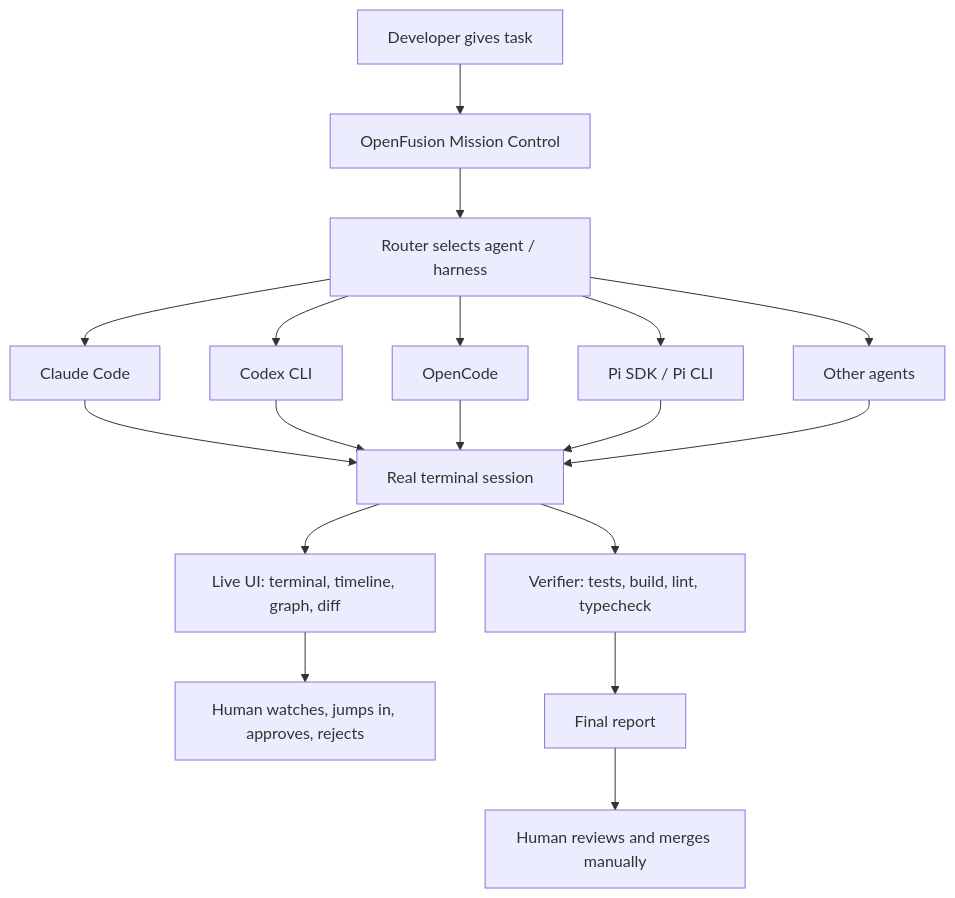
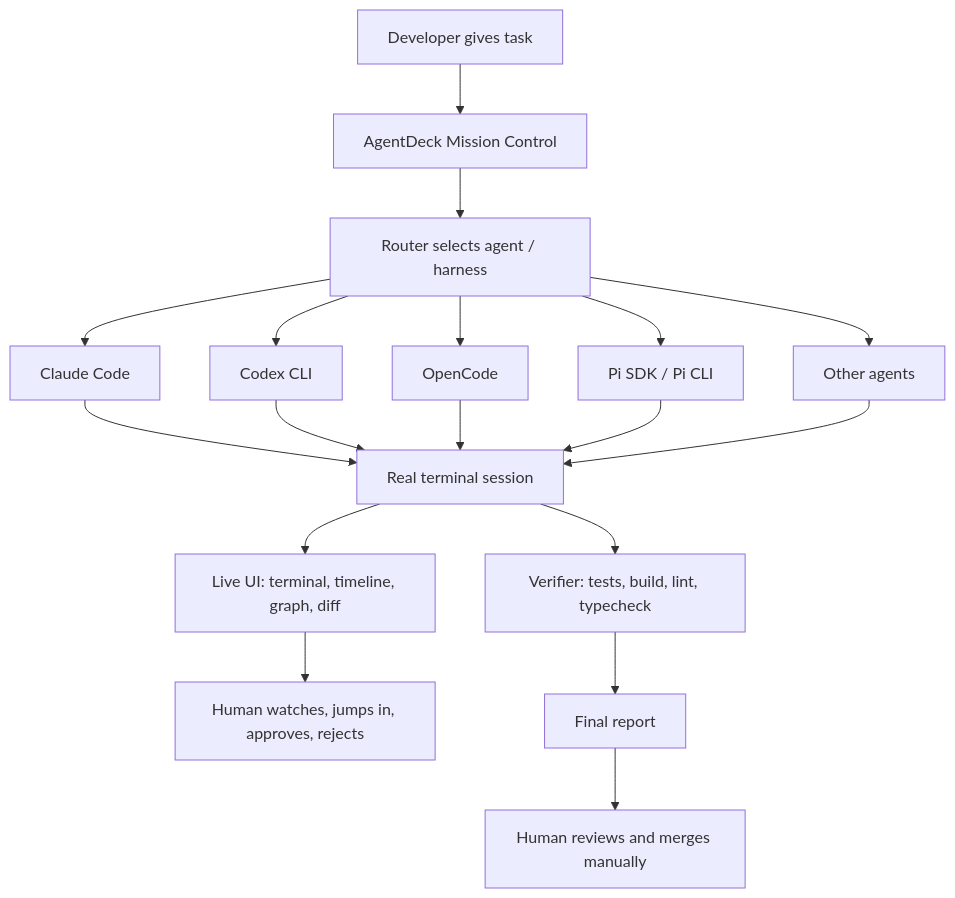
One commit to itsVijayCoder/agentDeck changed the second of 23 diagrams in Docs/PRODUCT_EXPLAINER_WITH_DIAGRAM.md. Above: the diagram before and after it, drawn with Mermaid. The commit also changed other lines of this file and 86 other files, not shown here.

First line of the commit message:
refactor: rename project from openfusion to AgentDeck

````diff
--- a/Docs/PRODUCT_EXPLAINER_WITH_DIAGRAM.md
+++ b/Docs/PRODUCT_EXPLAINER_WITH_DIAGRAM.md
@@ -90,22 +90,22 @@
 ```mermaid
 flowchart TD
-    U[Developer gives task] --> OF[OpenFusion Mission Control]
+    U[Developer gives task] --> OF[AgentDeck Mission Control]
     OF --> R[Router selects agent / harness]
     R --> A1[Claude Code]
     R --> A2[Codex CLI]
     R --> A3[OpenCode]
     R --> A4[Pi SDK / Pi CLI]
     R --> A5[Other agents]
 
     A1 --> T[Real terminal session]
     A2 --> T
     A3 --> T
     A4 --> T
     A5 --> T
 
     T --> UI[Live UI: terminal, timeline, graph, diff]
     UI --> H[Human watches, jumps in, approves, rejects]
     T --> V[Verifier: tests, build, lint, typecheck]
     V --> REP[Final report]
     REP --> HR[Human reviews and merges manually]
 ```
````
